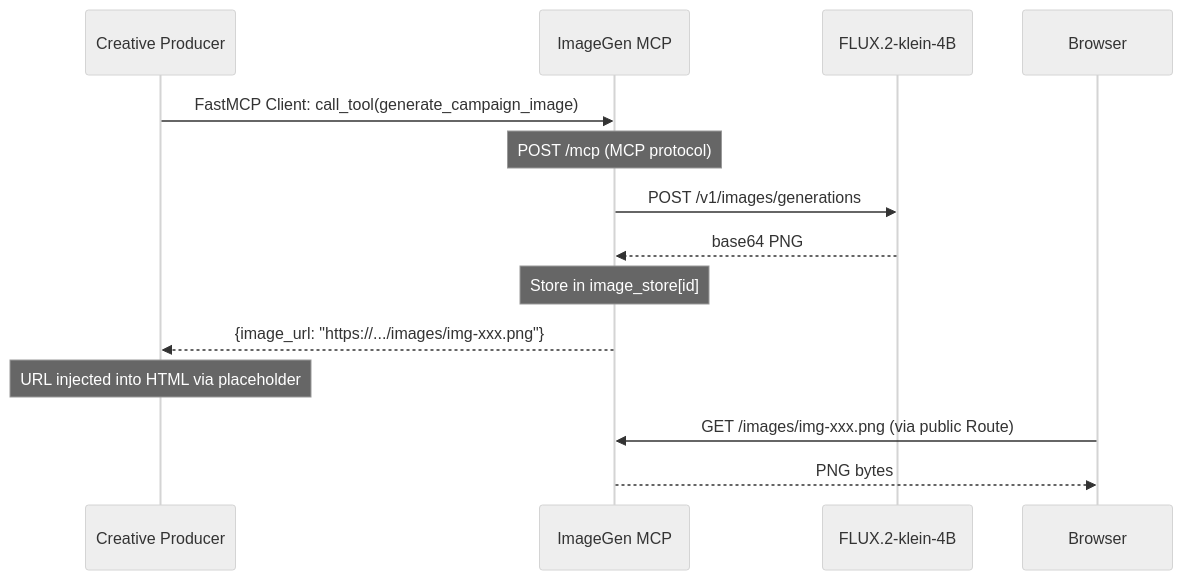
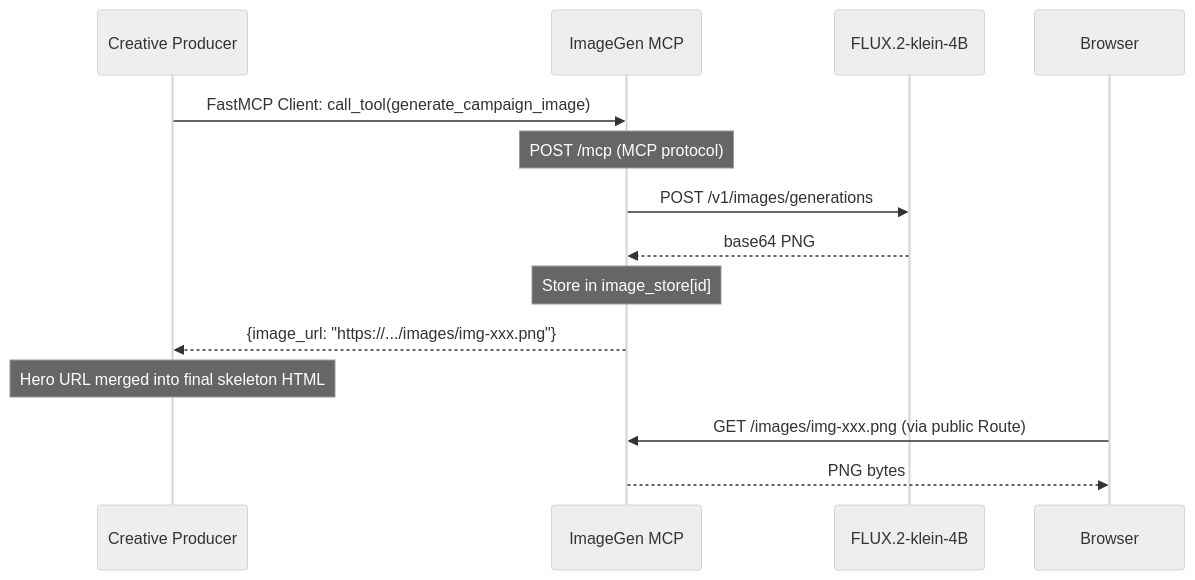
The tenth of 18 diagrams in ARCHITECTURE.md (gymnatics/Marketing-Assistant-Demo), drawn with Mermaid (neutral theme) before and after one commit. The commit also changed other lines of this file and 13 other files, not shown here.

````diff
--- a/ARCHITECTURE.md
+++ b/ARCHITECTURE.md
@@ -363,19 +363,19 @@
 ```mermaid
 sequenceDiagram
     participant CP as Creative Producer
     participant MCP as ImageGen MCP
     participant FLUX as FLUX.2-klein-4B
     participant Browser as Browser
 
     CP->>MCP: FastMCP Client: call_tool(generate_campaign_image)
     Note over MCP: POST /mcp (MCP protocol)
     MCP->>FLUX: POST /v1/images/generations
     FLUX-->>MCP: base64 PNG
     Note over MCP: Store in image_store[id]
     MCP-->>CP: {image_url: "https://.../images/img-xxx.png"}
 
-    Note over CP: URL injected into HTML via placeholder
+    Note over CP: Hero URL merged into final skeleton HTML
 
     Browser->>MCP: GET /images/img-xxx.png (via public Route)
     MCP-->>Browser: PNG bytes
 ```
````
